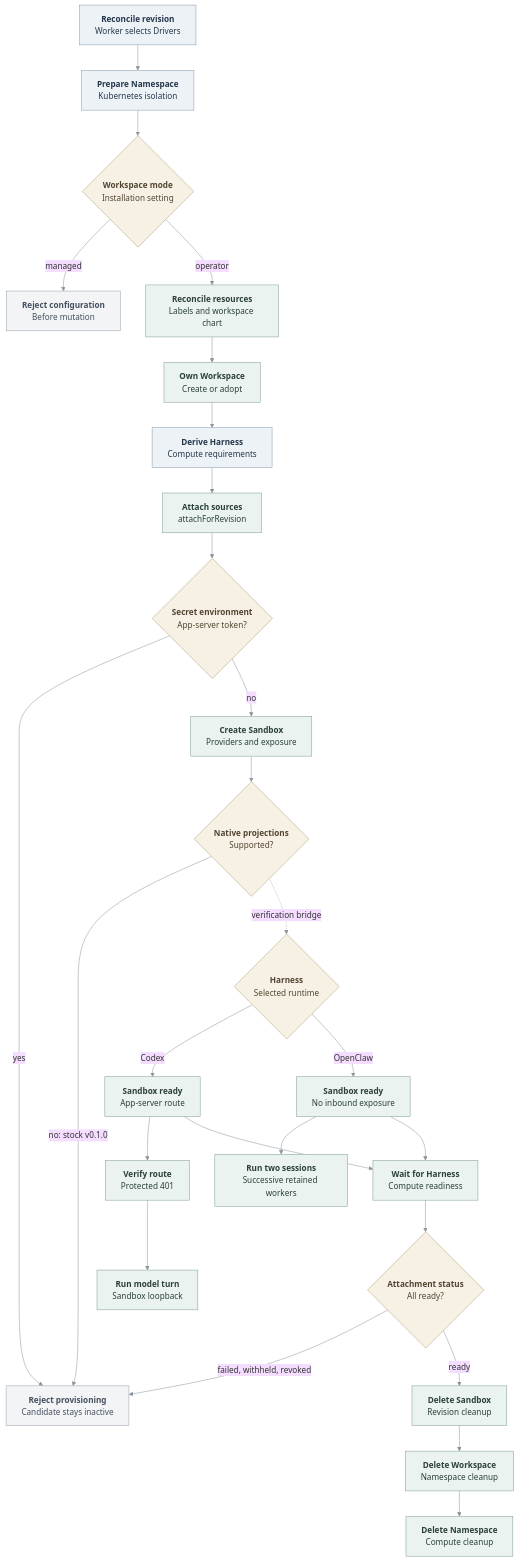
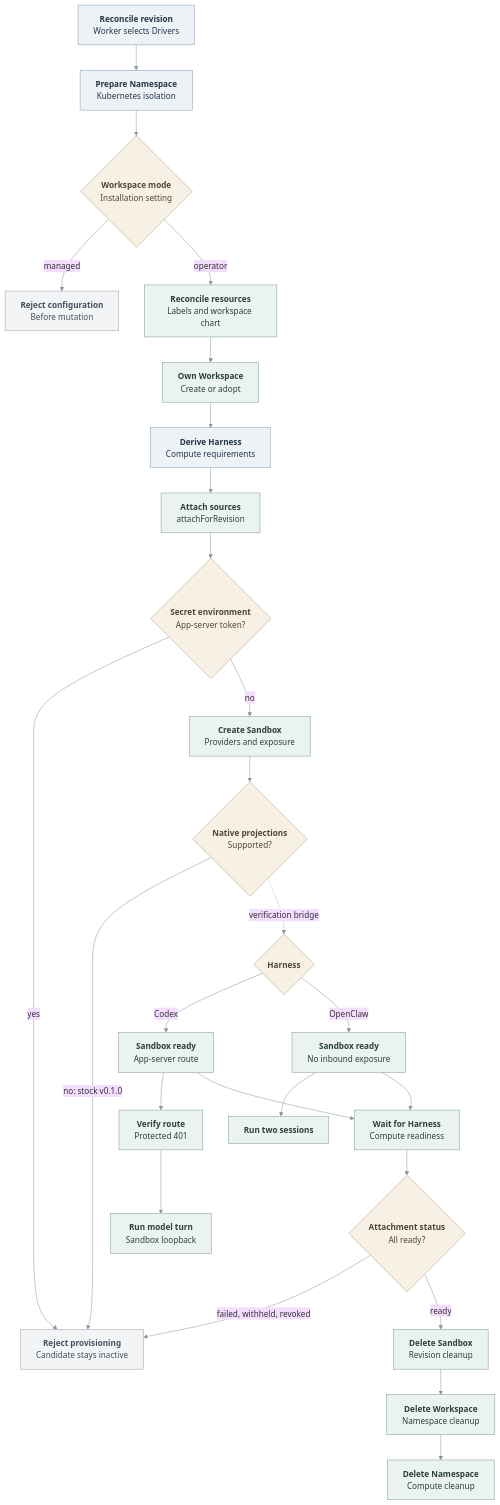
One commit to IsaiahStapleton/openclaw-enterprise changed the diagram in docs/flows/openshell-sandbox-provisioning.md. Above: the diagram before and after it, drawn with Mermaid (base theme). The commit also changed other lines of this file and 1 other file, not shown here.

First line of the commit message:
Restore main's flow-doc changelogs and add one #440 entry each

````diff
--- a/docs/flows/openshell-sandbox-provisioning.md
+++ b/docs/flows/openshell-sandbox-provisioning.md
@@ -48,38 +47,38 @@
 ```mermaid
 graph TD
   A["<b>Reconcile revision</b><br/>Worker selects Drivers"] --> B["<b>Prepare Namespace</b><br/>Kubernetes isolation"]
   B --> C{"<b>Workspace mode</b><br/>Installation setting"}
   C -- "managed" --> X["<b>Reject configuration</b><br/>Before mutation"]
   C -- "operator" --> D["<b>Reconcile resources</b><br/>Labels and workspace chart"]
   D --> E["<b>Own Workspace</b><br/>Create or adopt"]
   E --> F["<b>Derive Harness</b><br/>Compute requirements"]
   F --> Q["<b>Attach sources</b><br/>attachForRevision"]
   Q --> G{"<b>Secret environment</b><br/>App-server token?"}
   G -- "yes" --> R["<b>Reject provisioning</b><br/>Candidate stays inactive"]
   G -- "no" --> H["<b>Create Sandbox</b><br/>Providers and exposure"]
   H --> I{"<b>Native projections</b><br/>Supported?"}
   I -- "no: stock v0.1.0" --> R
-  I -. "verification bridge" .-> V{"<b>Harness</b><br/>Selected runtime"}
+  I -. "verification bridge" .-> V{"<b>Harness</b>"}
   V -- "Codex" --> J["<b>Sandbox ready</b><br/>App-server route"]
   J --> K["<b>Verify route</b><br/>Protected 401"]
   K --> L["<b>Run model turn</b><br/>Sandbox loopback"]
   V -- "OpenClaw" --> T["<b>Sandbox ready</b><br/>No inbound exposure"]
-  T --> U["<b>Run two sessions</b><br/>Successive retained workers"]
+  T --> U["<b>Run two sessions</b>"]
   J --> M["<b>Wait for Harness</b><br/>Compute readiness"]
   M --> S{"<b>Attachment status</b><br/>All ready?"}
   S -- "failed, withheld, revoked" --> R
   S -- "ready" --> N["<b>Delete Sandbox</b><br/>Revision cleanup"]
   T --> M
   N --> O["<b>Delete Workspace</b><br/>Namespace cleanup"]
   O --> P["<b>Delete Namespace</b><br/>Compute cleanup"]
 
   classDef state fill:#EDF2F7,stroke:#879AB0,color:#25364A,stroke-width:1px
   classDef operation fill:#EBF3F0,stroke:#7F9D93,color:#2B4038,stroke-width:1px
   classDef gate fill:#F7F1E5,stroke:#B3A078,color:#514532,stroke-width:1px
   classDef blocked fill:#F3F4F6,stroke:#98A2AE,color:#44505F,stroke-width:1px
   class A,B,F state
   class D,E,Q,H,J,K,L,M,N,O,P,T,U operation
   class C,G,I,S,V gate
   class X,R blocked
   linkStyle default stroke:#8B949E,stroke-width:1px
 ```
````
